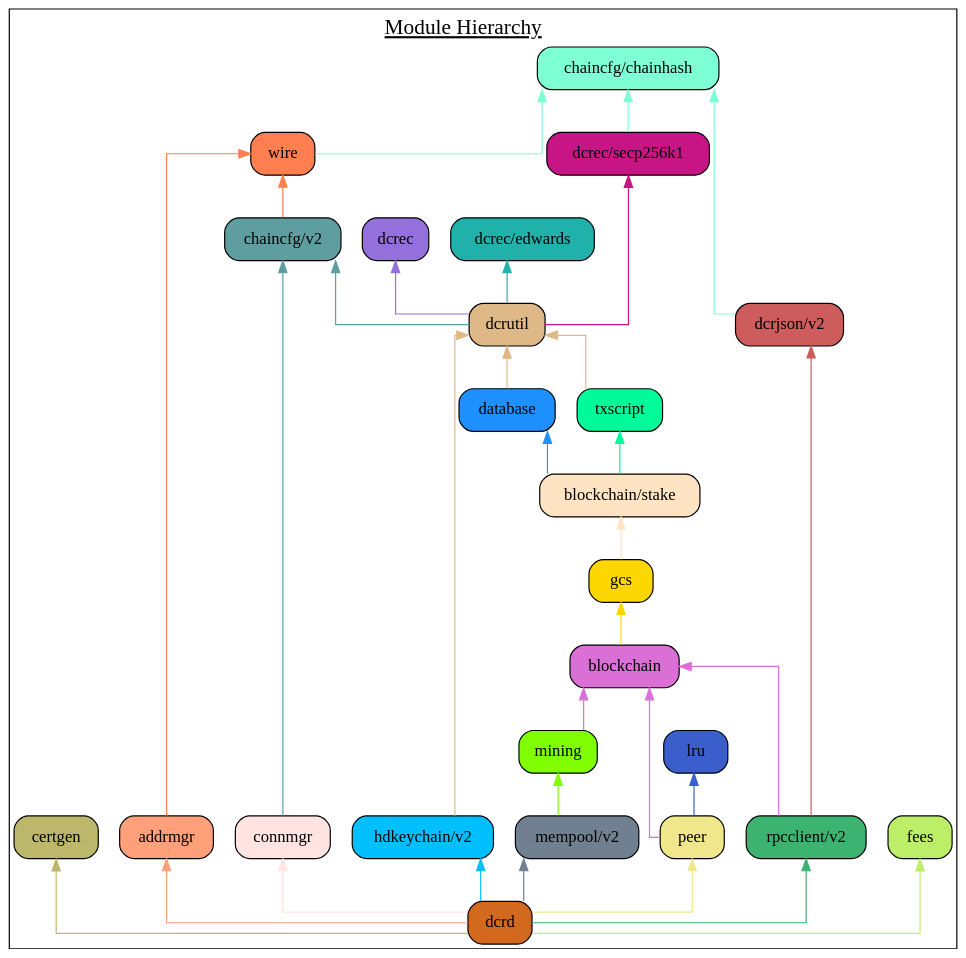
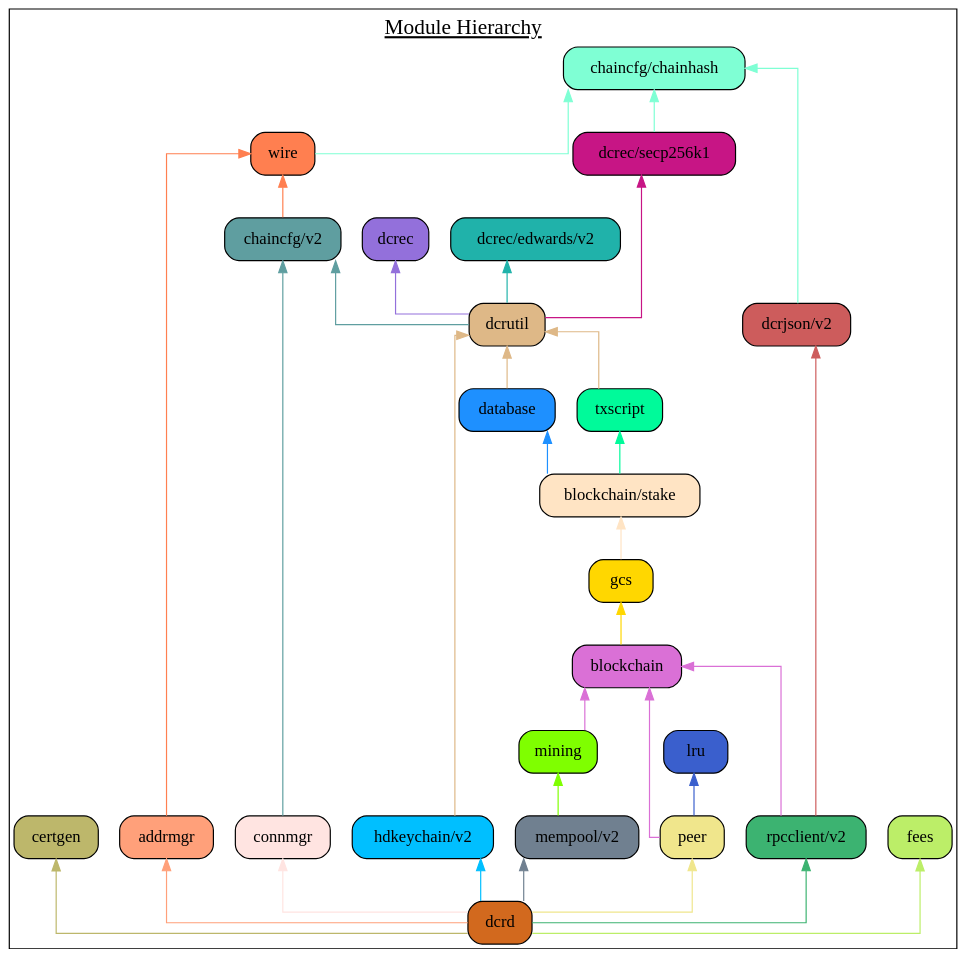
Before and after one commit to decred/dcrd: the diagram in docs/assets/module_hierarchy.gv, drawn with Graphviz. The commit also changed 2 other files, not shown here.

Commit message:
docs: Update for dcrec/edwards v2 module.
This updates the docs/README.md file, module hierarchy graphviz, and
module hierarchy diagram to reflect the new module version.

```diff
--- a/docs/assets/module_hierarchy.gv
+++ b/docs/assets/module_hierarchy.gv
@@ -1,65 +1,65 @@
 digraph {
 	graph [splines=ortho colorscheme=svg label=<<u>Module Hierarchy</u>> labelloc=t fontsize=18.0]
 	node [shape=box style="filled, rounded"]
 
 	certgen [label="certgen" fillcolor=darkkhaki]
 	chainhash [label="chaincfg/chainhash" fillcolor=aquamarine]
 	dcrjson [label="dcrjson/v2" fillcolor=indianred]
 	wire [label="wire" fillcolor=coral]
 	addrmgr [label="addrmgr" fillcolor=lightsalmon]
 	chaincfg [label="chaincfg/v2" fillcolor=cadetblue]
 	connmgr [label="connmgr" fillcolor=mistyrose]
 	dcrec [label="dcrec" fillcolor=mediumpurple]
-	edwards [label="dcrec/edwards" fillcolor=lightseagreen]
+	edwards [label="dcrec/edwards/v2" fillcolor=lightseagreen]
 	secp256k1 [label="dcrec/secp256k1" fillcolor=mediumvioletred]
 	dcrutil [label="dcrutil" fillcolor=burlywood]
 	database [label="database" fillcolor=dodgerblue]
 	hdkeychain [label="hdkeychain/v2" fillcolor=deepskyblue]
 	txscript [label="txscript" fillcolor=mediumspringgreen]
 	stake [label="blockchain/stake" fillcolor=bisque]
 	gcs [label="gcs" fillcolor=gold]
 	blockchain [label="blockchain" fillcolor=orchid]
 	mempool [label="mempool/v2" fillcolor=slategray]
 	mining [label="mining" fillcolor=chartreuse]
 	lru  [label="lru" fillcolor=royalblue3]
 	peer [label="peer" fillcolor=khaki]
 	rpcclient [label="rpcclient/v2" fillcolor=mediumseagreen]
 	fees [label="fees" fillcolor=darkolivegreen2]
 	dcrd [label="dcrd" fillcolor=chocolate]
 
 	{rank=same connmgr addrmgr hdkeychain peer rpcclient mempool}
 
 	certgen
 	chainhash -> dcrjson [dir=back color=aquamarine]
 	chainhash -> wire [dir=back color=aquamarine]
 	wire -> addrmgr [dir=back color=coral]
 	wire -> chaincfg [dir=back color=coral]
 	chaincfg -> connmgr [dir=back color=cadetblue]
 	chainhash -> secp256k1 [dir=back color=aquamarine]
 	chaincfg -> dcrutil [dir=back color=cadetblue]
 	dcrec -> dcrutil [dir=back color=mediumpurple]
 	edwards ->  dcrutil [dir=back color=lightseagreen]
 	secp256k1 ->  dcrutil [dir=back color=mediumvioletred]
 	dcrutil -> database [dir=back color=burlywood]
 	dcrutil -> hdkeychain [dir=back color=burlywood]
 	dcrutil -> txscript [dir=back color=burlywood]
 	database ->  stake [dir=back color=dodgerblue]
 	txscript -> stake [dir=back color=mediumspringgreen]
 	stake -> gcs [dir=back color=bisque]
 	gcs -> blockchain [dir=back color=gold]
 	blockchain -> mining [dir=back color=orchid]
 	mining -> mempool [dir=back color=chartreuse]
 	lru -> peer [dir=back color=royalblue3]
 	blockchain -> peer [dir=back color=orchid]
 	blockchain -> rpcclient [dir=back color=orchid]
 	dcrjson -> rpcclient [dir=back color=indianred]
 
 	fees -> dcrd [dir=back color=darkolivegreen2]
 	mempool -> dcrd [dir=back color=slategray]
 	certgen -> dcrd [dir=back color=darkkhaki]
 	addrmgr -> dcrd [dir=back color=lightsalmon]
 	hdkeychain -> dcrd [dir=back color=deepskyblue]
 	connmgr -> dcrd [dir=back color=mistyrose]
 	rpcclient -> dcrd [dir=back color=mediumseagreen]
 	peer -> dcrd [dir=back color=khaki]
 }
```
